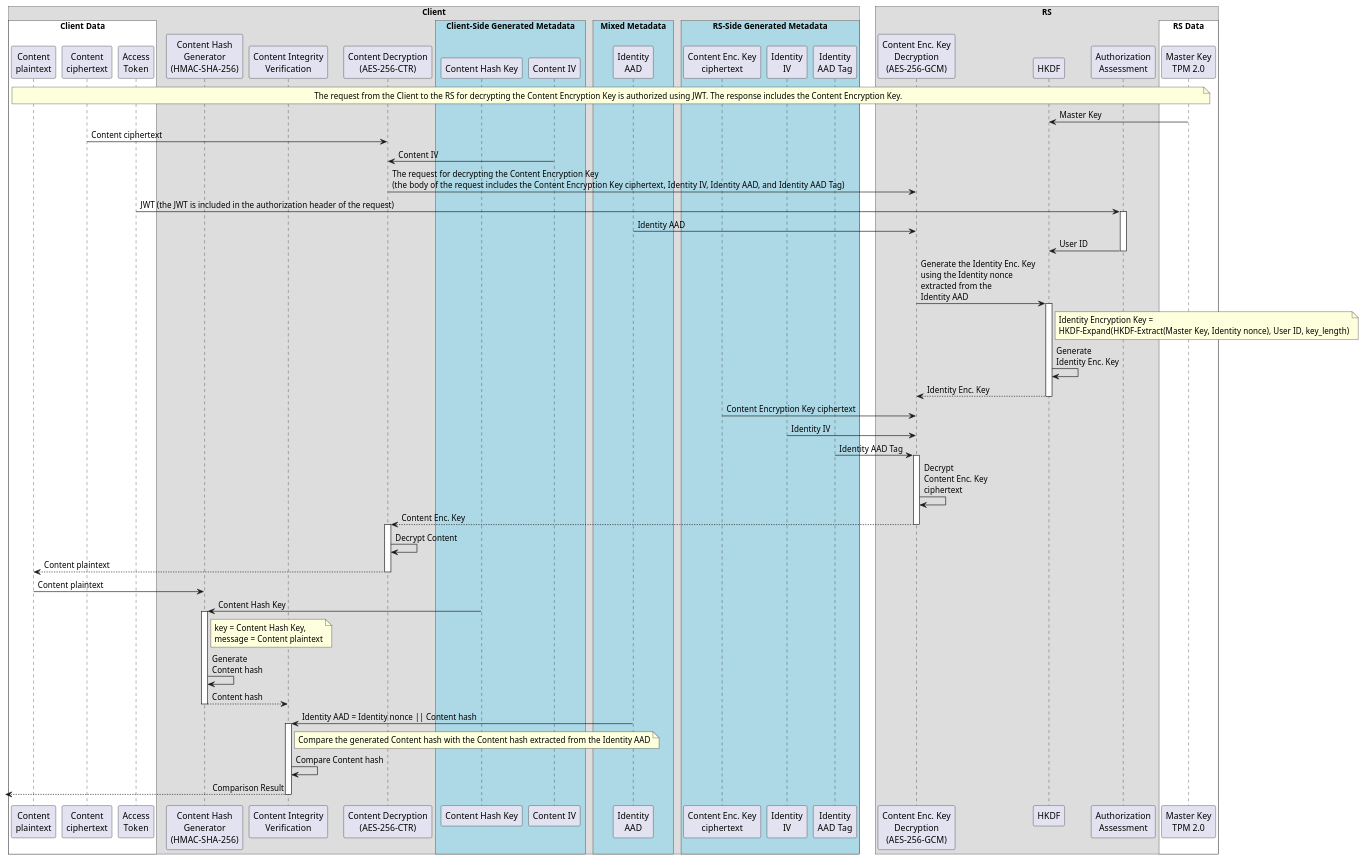
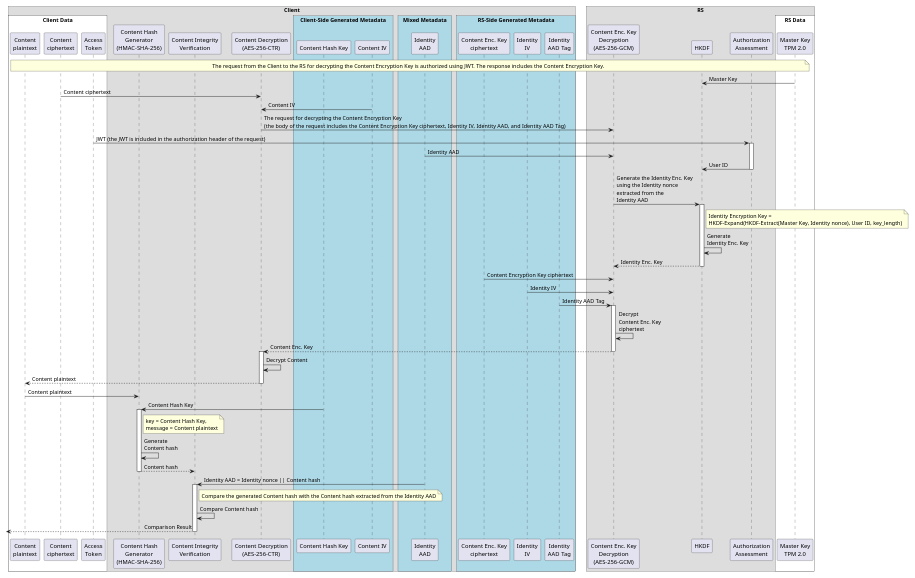
The second of 3 diagrams in docs/CRYPTOGRAPHY.md (umalabs/ibe), drawn with PlantUML before and after one commit. The commit also changed other lines of this file and 2 other files, not shown here.

````diff
--- a/docs/CRYPTOGRAPHY.md
+++ b/docs/CRYPTOGRAPHY.md
@@ -194,5 +191,6 @@
 ```plantuml
 @startuml
+scale 2/3
 !pragma teoz true
 
 ' --- Client ---
````
